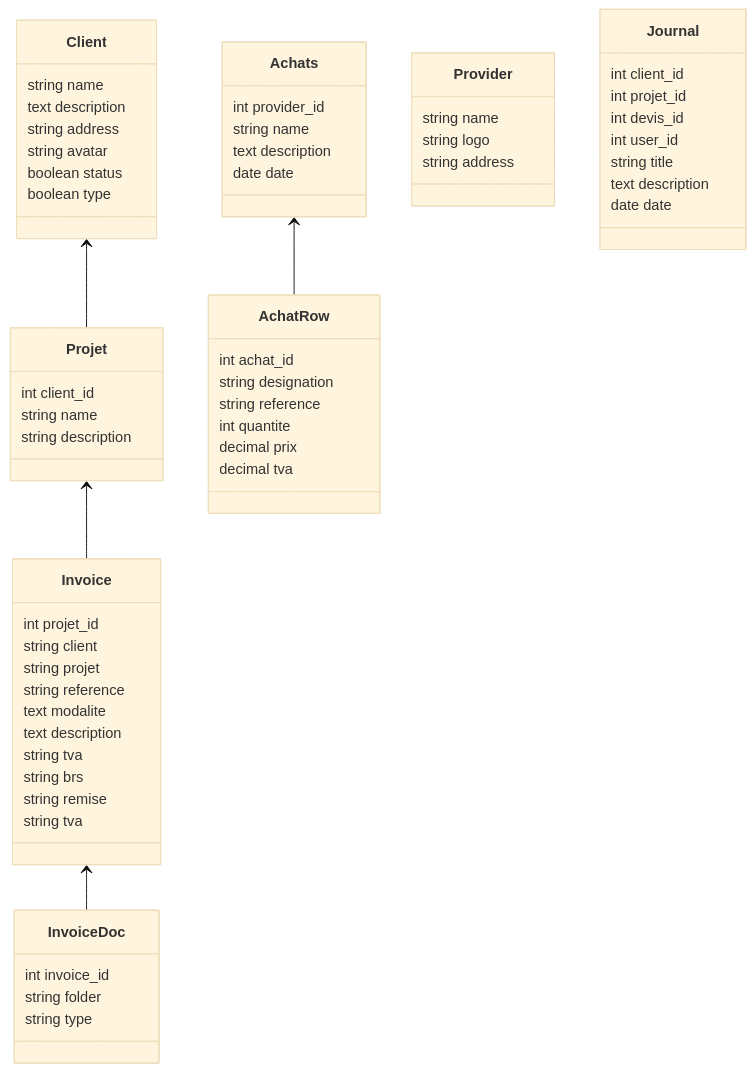
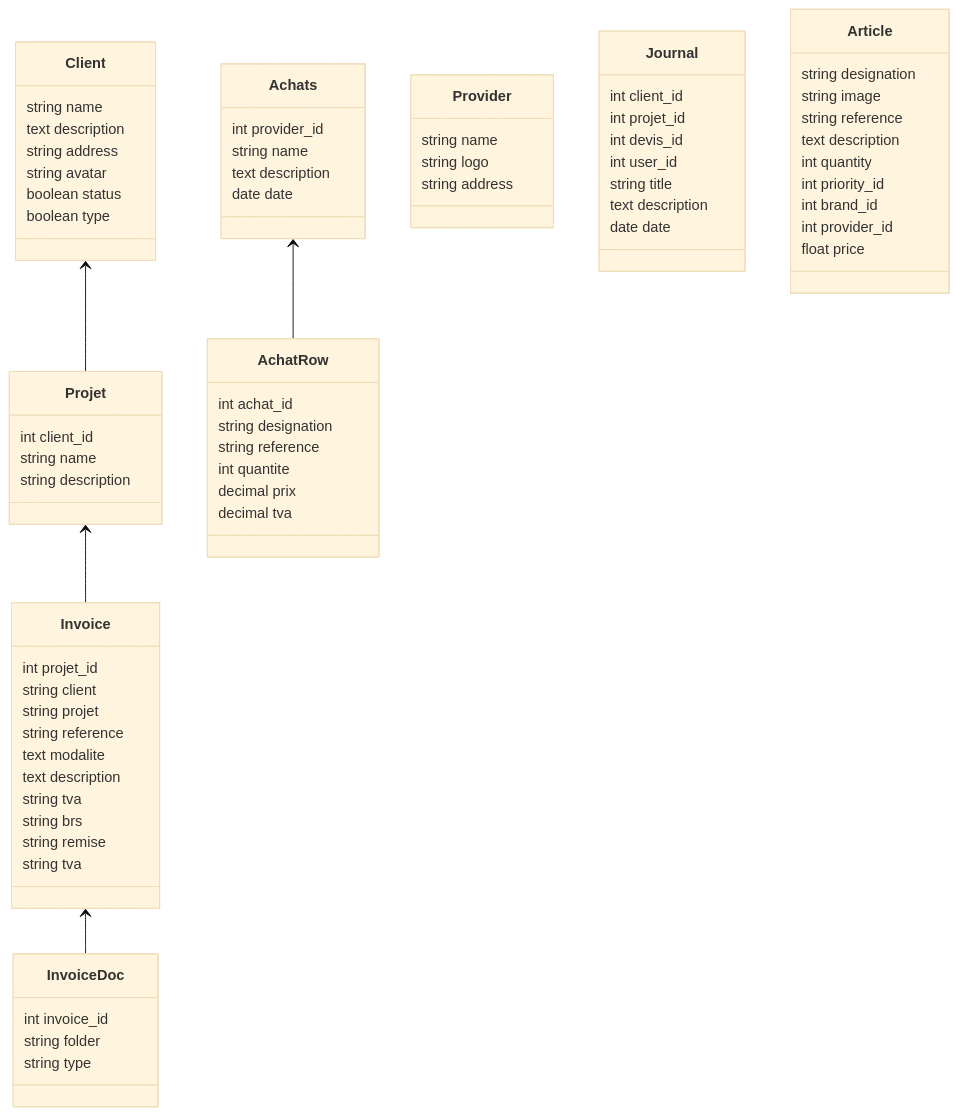
One commit to desmond8500/Dash3 changed the diagram in database/docs/01_Diagram.md. Above: the diagram before and after it, drawn with Mermaid (base theme). The commit also changed 13 other files, not shown here.

````diff
--- a/database/docs/01_Diagram.md
+++ b/database/docs/01_Diagram.md
@@ -57,6 +57,7 @@
     decimal prix
     decimal tva
 }
+
 class Provider{
     string name
     string logo
@@ -73,4 +74,16 @@
     date date
 }
 
+class Article{
+    string designation
+    string image
+    string reference
+    text description
+    int quantity
+    int priority_id
+    int brand_id
+    int provider_id
+    float price
+}
+
 ```
````
